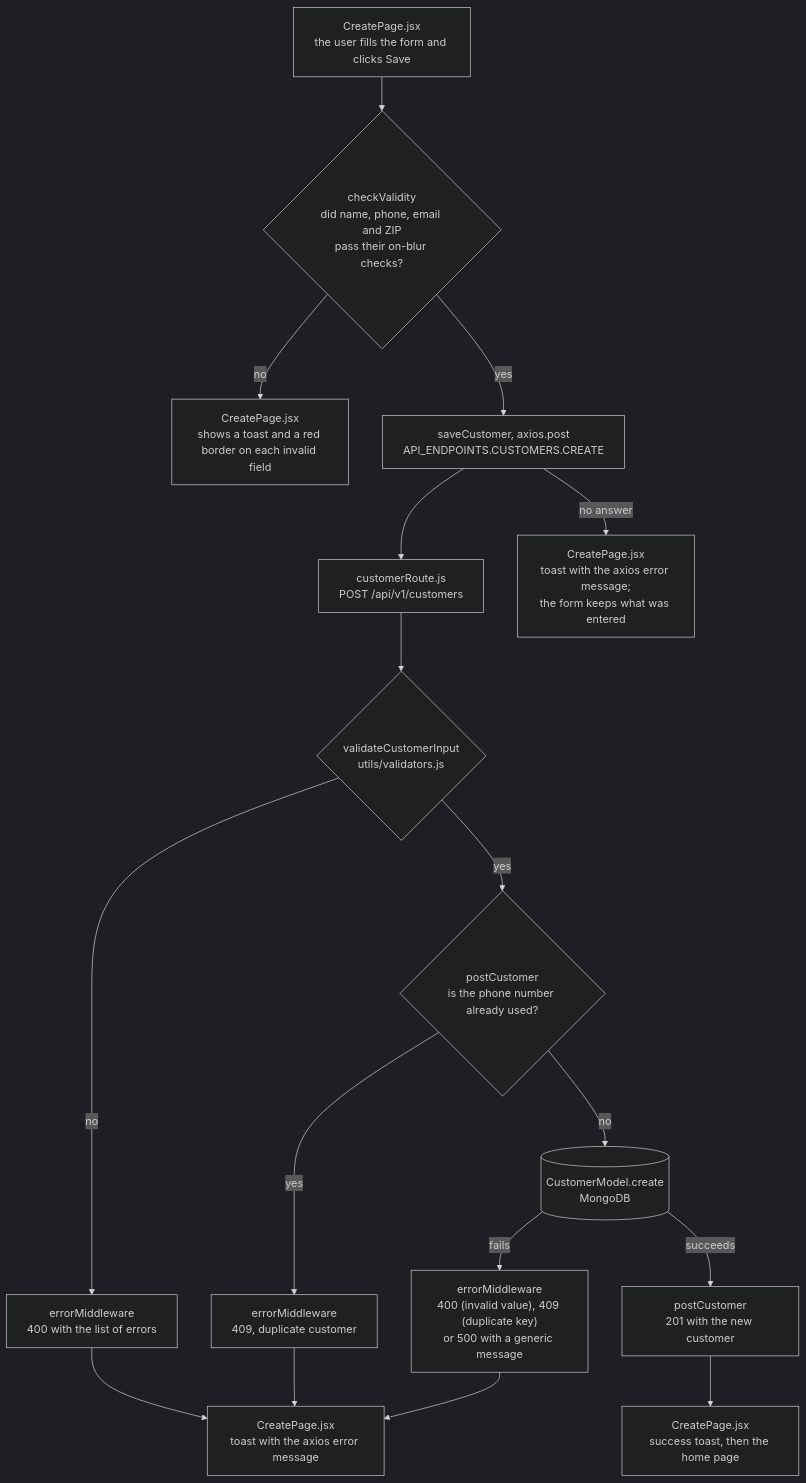
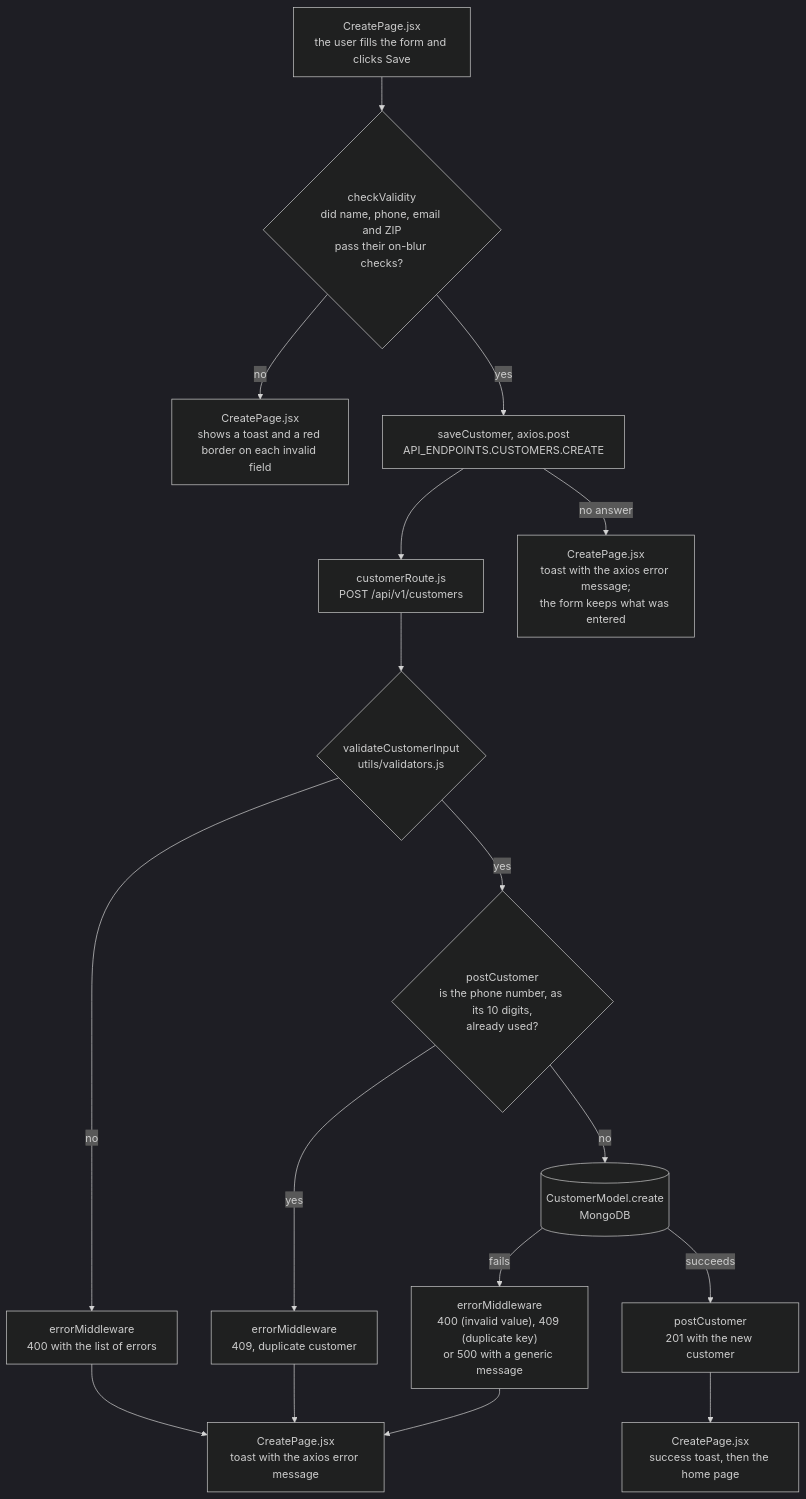
The first of 2 diagrams in Harness_Config/Context/DataFlow.md (MatheusCastro99/InvoiceMe), drawn with Mermaid (dark theme) before and after one commit. The commit also changed 9 other files, not shown here.

Commit message:
feat: store customer phone numbers as digits with a unique index (#137)

````diff
--- a/Harness_Config/Context/DataFlow.md
+++ b/Harness_Config/Context/DataFlow.md
@@ -9,19 +9,19 @@
 ```mermaid
 flowchart TD
     A["CreatePage.jsx<br/>the user fills the form and clicks Save"] --> B{"checkValidity<br/>did name, phone, email and ZIP<br/>pass their on-blur checks?"}
     B -- "no" --> B1["CreatePage.jsx<br/>shows a toast and a red border on each invalid field"]
     B -- "yes" --> C["saveCustomer, axios.post<br/>API_ENDPOINTS.CUSTOMERS.CREATE"]
     C --> D["customerRoute.js<br/>POST /api/v1/customers"]
     C -- "no answer" --> C1["CreatePage.jsx<br/>toast with the axios error message;<br/>the form keeps what was entered"]
     D --> E{"validateCustomerInput<br/>utils/validators.js"}
     E -- "no" --> E1["errorMiddleware<br/>400 with the list of errors"]
-    E -- "yes" --> F{"postCustomer<br/>is the phone number already used?"}
+    E -- "yes" --> F{"postCustomer<br/>is the phone number, as its 10 digits,<br/>already used?"}
     F -- "yes" --> F1["errorMiddleware<br/>409, duplicate customer"]
     F -- "no" --> G[("CustomerModel.create<br/>MongoDB")]
     G -- "fails" --> G1["errorMiddleware<br/>400 (invalid value), 409 (duplicate key)<br/>or 500 with a generic message"]
     G -- "succeeds" --> H["postCustomer<br/>201 with the new customer"]
     E1 --> I["CreatePage.jsx<br/>toast with the axios error message"]
     F1 --> I
     G1 --> I
     H --> K["CreatePage.jsx<br/>success toast, then the home page"]
 ```
````
